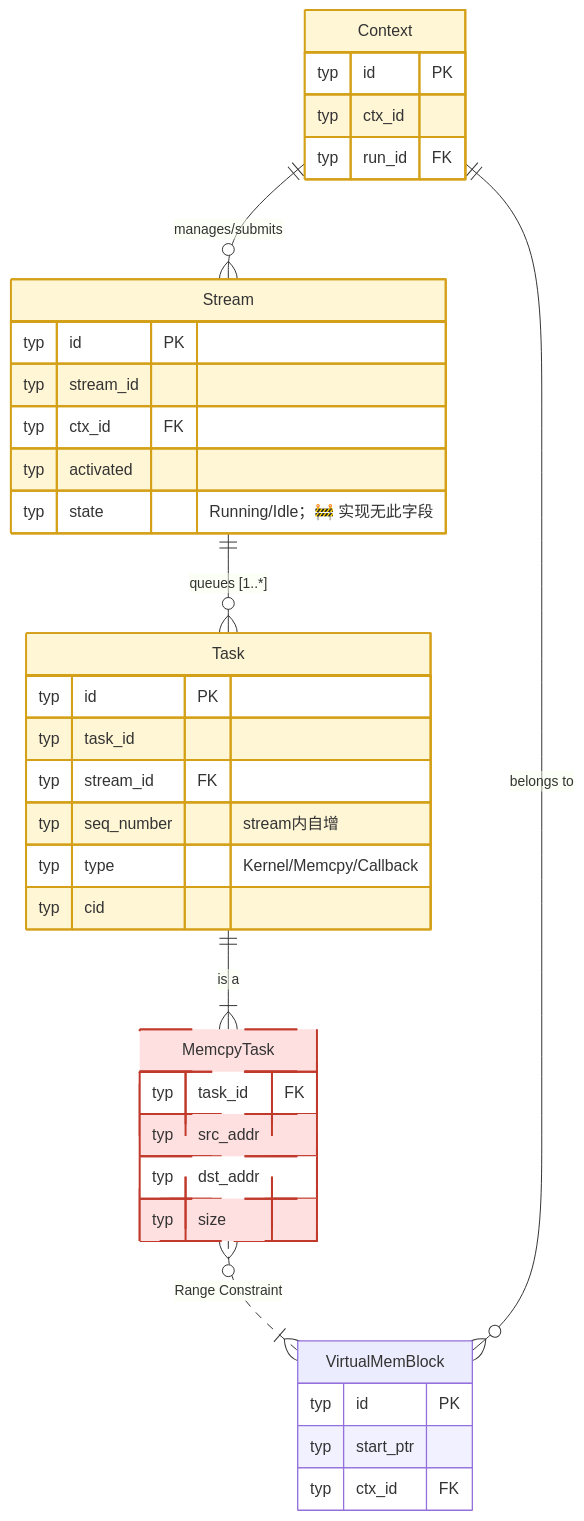
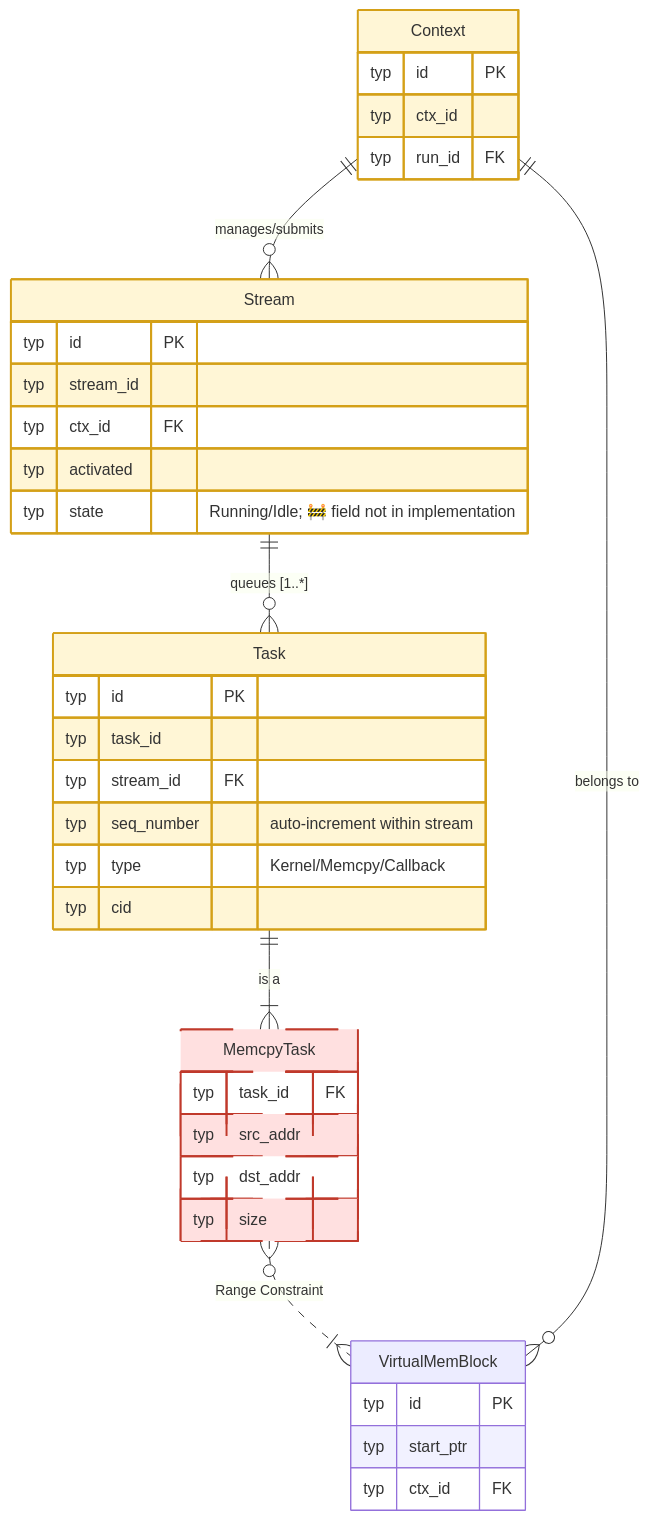
The sixth of 19 diagrams in test/hccl_vm/docs/simulator_runner_data_model_en.md (Atlas-Ascend-Fork/hcomm), drawn with Mermaid before and after one commit. The commit also changed other lines of this file and 73 other files, not shown here.

````diff
--- a/test/hccl_vm/docs/simulator_runner_data_model_en.md
+++ b/test/hccl_vm/docs/simulator_runner_data_model_en.md
@@ -589,59 +589,59 @@
 ```mermaid
 erDiagram
     Context {
         typ id PK
         typ ctx_id
         typ run_id FK
     }
 
     Stream {
         typ id PK
         typ stream_id
         typ ctx_id FK
         typ activated
-        typ state "Running/Idle；🚧 实现无此字段"
+        typ state "Running/Idle; 🚧 field not in implementation"
     }
-    %% 实现无 state 字段；运行态由 activated/capture_status/task_complete_status 表达
+    %% Implementation has no state field; run state is expressed by activated/capture_status/task_complete_status
 
-    %% Stream 包含有序的任务列表
+    %% Stream contains an ordered task list
     Context ||--o{ Stream : "manages/submits"
     Stream ||--o{ Task : "queues [1..*]"
 
     Task {
         typ id PK
         typ task_id
         typ stream_id FK
-        typ seq_number "stream内自增"
+        typ seq_number "auto-increment within stream"
         typ type "Kernel/Memcpy/Callback"
         typ cid
     }
 
-    %% 各种具体的 Task 类型 (逻辑上的继承关系)
+    %% Various specific Task types (logical inheritance)
     MemcpyTask {
         typ task_id FK
         typ src_addr
         typ dst_addr
         typ size
     }
 
-    %% 继承关系的逻辑表达 (Task 分为多种)
-    %% 🧠 可进程私有：Context / Stream / Task（仅 src/proxy 访问）
-    %% MemcpyTask 由 Task.type 判别（实现只建 Task 表）
+    %% Inheritance logical expression (Task has multiple types)
+    %% 🧠 Process-private candidates: Context / Stream / Task (only src/proxy accesses)
+    %% MemcpyTask is discriminated by Task.type (implementation only creates Task table)
     Task ||--|{ MemcpyTask : "is a"
 
-    %% MemcpyTask 的地址应该在 VirtualMemBlock 可寻址
+    %% MemcpyTask addresses should be addressable in VirtualMemBlock
     MemcpyTask }o..|{ VirtualMemBlock : "Range Constraint"
     VirtualMemBlock {
         typ id PK
         typ start_ptr
         typ ctx_id FK
     }
 
     VirtualMemBlock }o--|| Context : "belongs to"
 
     classDef unimplemented fill:#ffe0e0,stroke:#c0392b,stroke-width:2px,stroke-dasharray:5 3
     classDef inproc fill:#fff6d6,stroke:#d4a017,stroke-width:2px
     class MemcpyTask unimplemented
     class Context,Stream,Task inproc
 
 ```
````
